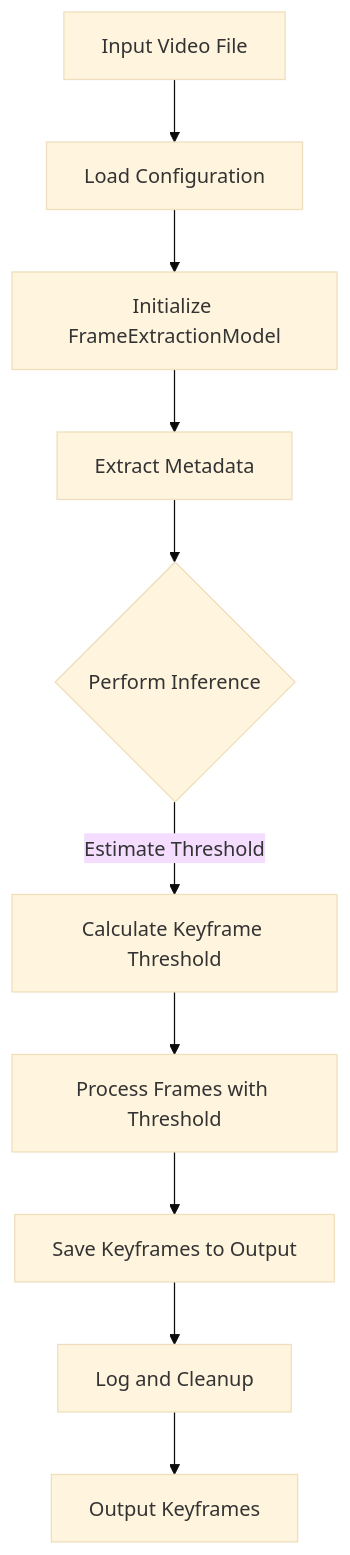
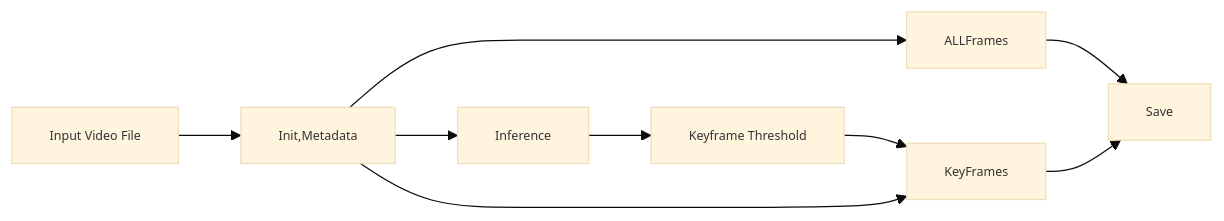
Before and after one commit to davidj-brewster/video-to-keyframes: the first of 6 diagrams in docs/overview-program-flows.md, drawn with Mermaid (base theme).

````diff
--- a/docs/overview-program-flows.md
+++ b/docs/overview-program-flows.md
@@ -12,12 +12,19 @@
 ```mermaid
-flowchart TD
-    A[Input Video File] --> B[Load Configuration]
-    B --> C[Initialize FrameExtractionModel]
-    C --> D[Extract Metadata]
-    D --> E{Perform Inference}
-    E -->|Estimate Threshold| F[Calculate Keyframe Threshold]
-    F --> G[Process Frames with Threshold]
-    G --> H[Save Keyframes to Output]
-    H --> I[Log and Cleanup]
-    I --> J[Output Keyframes]
+flowchart LR
+    A[Input Video File] --> B[Init,Metadata]
+    B --> E[Inference]
+    E --> F[Keyframe Threshold]
+    F --> G[KeyFrames]
+    B --> G[KeyFrames]
+    B --> K[ALLFrames]
+    K --> H[Save]
+    G --> H[Save]
+
+    style A font-size:10px
+    style B font-size:10px
+    style E font-size:10px
+    style F font-size:10px
+    style G font-size:10px
+    style H font-size:10px
+    style K font-size:10px
 ```
````
